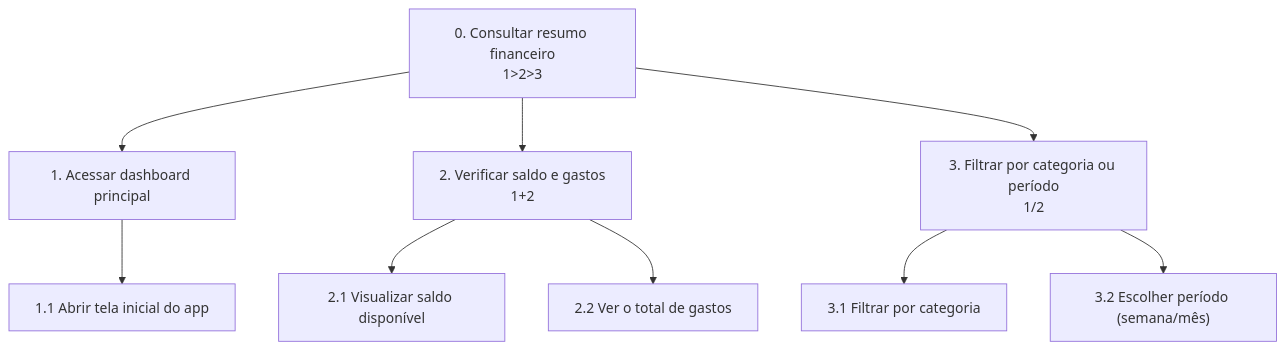
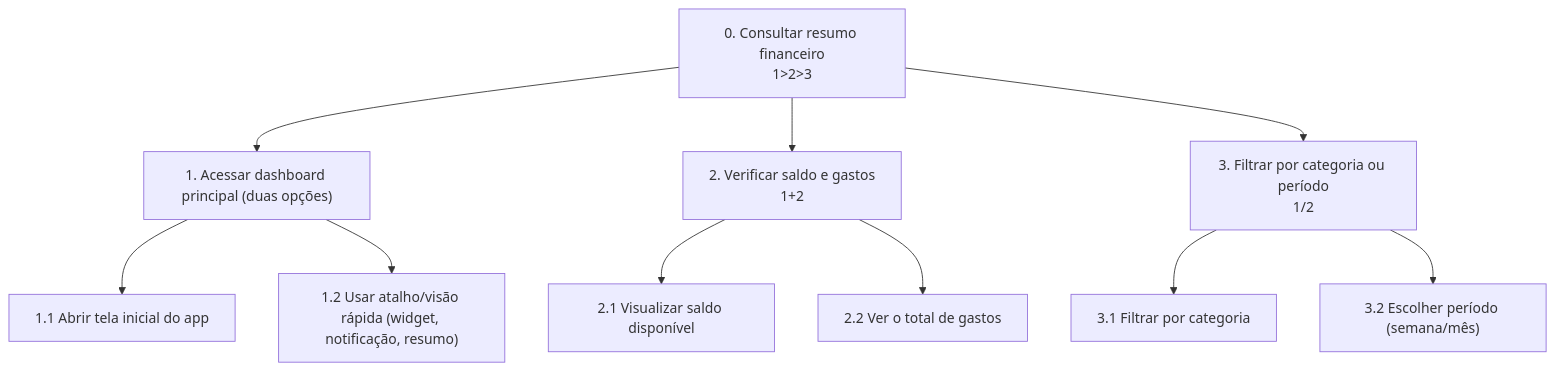
One commit to lauandanobre/Organize changed the second of 2 diagrams in docs/6_analise_tarefas.md. Above: the diagram before and after it, drawn with Mermaid. The commit also changed other lines of this file, not shown here.

````diff
--- a/docs/6_analise_tarefas.md
+++ b/docs/6_analise_tarefas.md
@@ -39,11 +41,12 @@
 ```mermaid
 graph TD
-    A["0. Consultar resumo financeiro<br/>1>2>3"] --> B["1. Acessar dashboard principal"]
-    A --> C["2. Verificar saldo e gastos<br/>1+2"]
-    A --> D["3. Filtrar por categoria ou período<br/>1/2"]
-    B --> B1["1.1 Abrir tela inicial do app"]
-    C --> C1["2.1 Visualizar saldo disponível"]
-    C --> C2["2.2 Ver o total de gastos"]
-    D --> D1["3.1 Filtrar por categoria"]
-    D --> D2["3.2 Escolher período (semana/mês)"]
+  A["0. Consultar resumo financeiro<br/>1>2>3"] --> B["1. Acessar dashboard principal (duas opções)"]
+  A --> C["2. Verificar saldo e gastos<br/>1+2"]
+  A --> D["3. Filtrar por categoria ou período<br/>1/2"]
+  B --> B1["1.1 Abrir tela inicial do app"]
+  B --> B2["1.2 Usar atalho/visão rápida (widget, notificação, resumo)"]
+  C --> C1["2.1 Visualizar saldo disponível"]
+  C --> C2["2.2 Ver o total de gastos"]
+  D --> D1["3.1 Filtrar por categoria"]
+  D --> D2["3.2 Escolher período (semana/mês)"]
 ```
````
